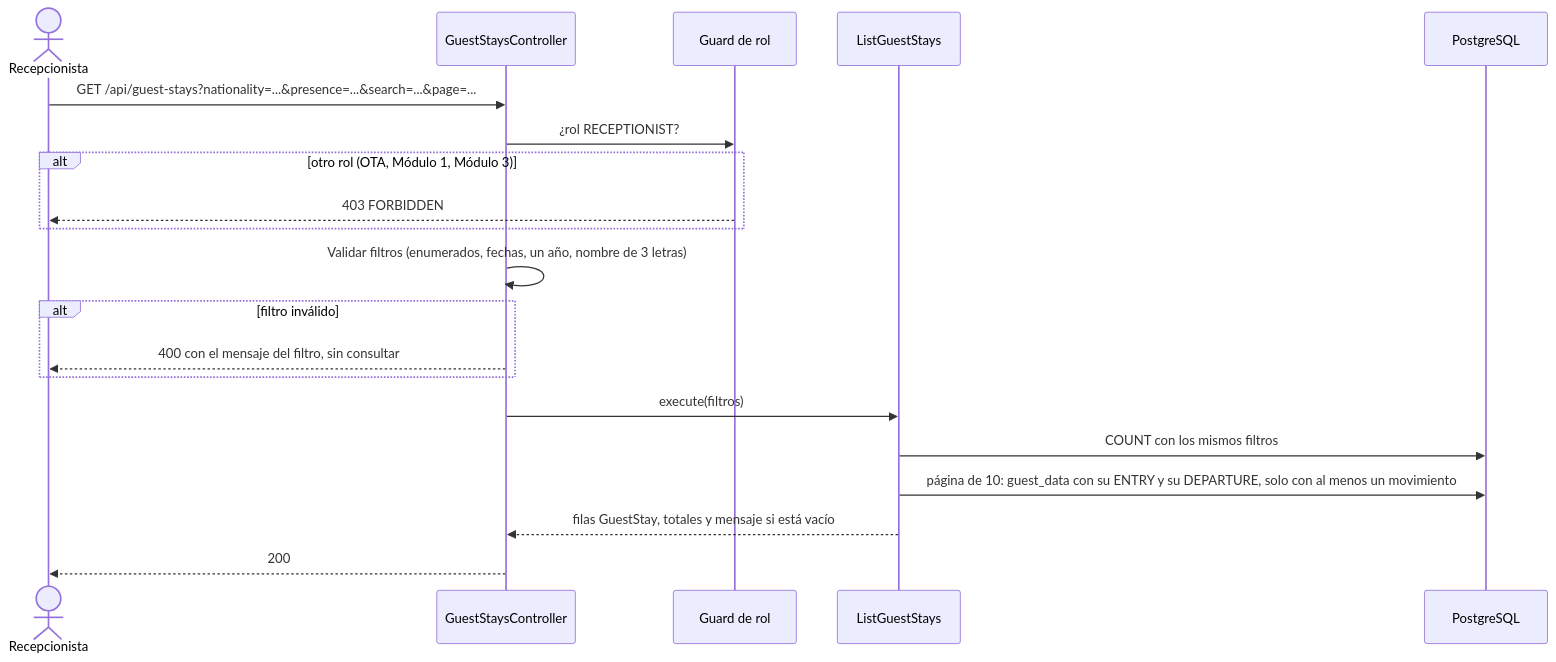
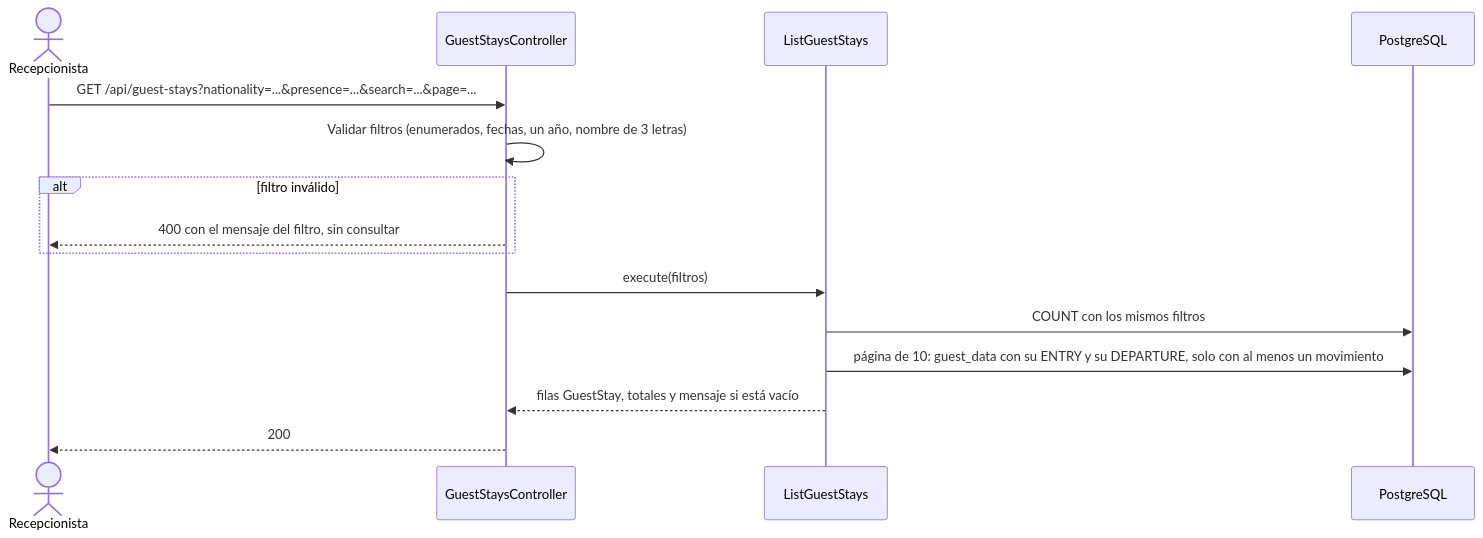
The third of 3 diagrams in specs/process-guest-data/plan.md (Lapicero312-lapi/HOSPITUA-MOD-2), drawn with Mermaid before and after one commit. The commit also changed other lines of this file and 16 other files, not shown here.

````diff
--- a/specs/process-guest-data/plan.md
+++ b/specs/process-guest-data/plan.md
@@ -309,23 +308,18 @@
 ```mermaid
 sequenceDiagram
     actor R as Recepcionista
     participant C as GuestStaysController
-    participant G as Guard de rol
     participant U as ListGuestStays
     participant DB as PostgreSQL
 
     R->>C: GET /api/guest-stays?nationality=...&presence=...&search=...&page=...
-    C->>G: ¿rol RECEPTIONIST?
-    alt otro rol (OTA, Módulo 1, Módulo 3)
-        G-->>R: 403 FORBIDDEN
-    end
     C->>C: Validar filtros (enumerados, fechas, un año, nombre de 3 letras)
     alt filtro inválido
         C-->>R: 400 con el mensaje del filtro, sin consultar
     end
     C->>U: execute(filtros)
     U->>DB: COUNT con los mismos filtros
     U->>DB: página de 10: guest_data con su ENTRY y su DEPARTURE, solo con al menos un movimiento
     U-->>C: filas GuestStay, totales y mensaje si está vacío
     C-->>R: 200
 ```
````
